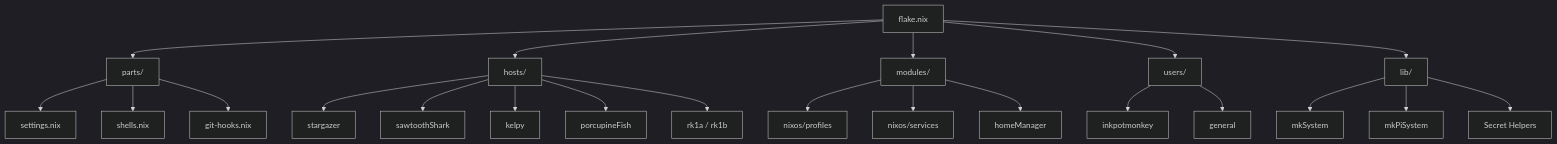
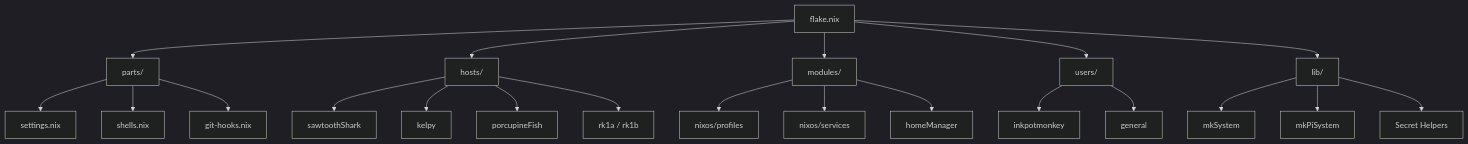
One commit to inkpot-monkey/palimpsest changed the diagram in README.md. Above: the diagram before and after it, drawn with Mermaid (dark theme). The commit also changed 13 other files, not shown here.

````diff
--- a/README.md
+++ b/README.md
@@ -9,29 +9,28 @@
 ```mermaid
 graph TD
     A[flake.nix] --> B[parts/]
     A --> C[hosts/]
     A --> D[modules/]
     A --> E[users/]
     A --> F[lib/]
     
     B --> B1[settings.nix]
     B --> B2[shells.nix]
     B --> B3[git-hooks.nix]
     
-    C --> C1[stargazer]
     C --> C2[sawtoothShark]
     C --> C3[kelpy]
     C --> C4[porcupineFish]
     C --> C5[rk1a / rk1b]
     
     D --> D1[nixos/profiles]
     D --> D2[nixos/services]
     D --> D3[homeManager]
     
     E --> E1[inkpotmonkey]
     E --> E2[general]
     
     F --> F1[mkSystem]
     F --> F2[mkPiSystem]
     F --> F3[Secret Helpers]
 ```
````
